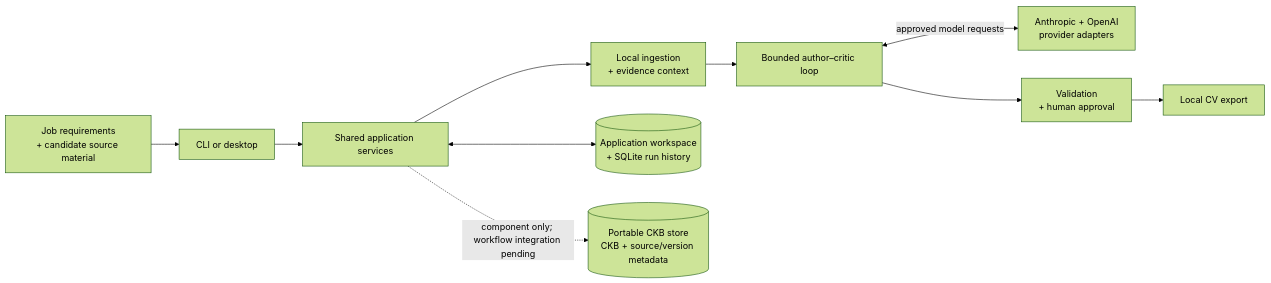
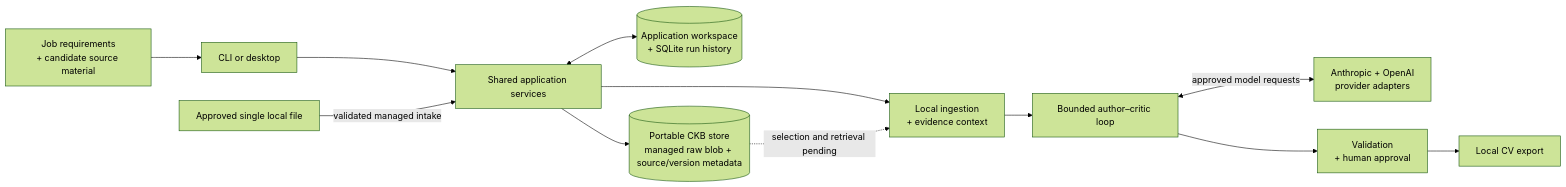
The diagram in README.md (akoita/draft-loop), drawn with Mermaid (forest theme) before and after one commit. The commit also changed other lines of this file and 14 other files, not shown here.

Commit message:
feat(knowledge): add managed file intake

````diff
--- a/README.md
+++ b/README.md
@@ -85,20 +89,22 @@
 ```mermaid
 flowchart LR
     Inputs["Job requirements<br/>+ candidate source material"]
     Adapters["CLI or desktop"]
     Application["Shared application services"]
     Context["Local ingestion<br/>+ evidence context"]
     Loop["Bounded author–critic loop"]
     Models["Anthropic + OpenAI<br/>provider adapters"]
     Review["Validation<br/>+ human approval"]
     Export["Local CV export"]
     WorkspaceStore[("Application workspace<br/>+ SQLite run history")]
-    CKBStore[("Portable CKB store<br/>CKB + source/version metadata")]
+    ApprovedFile["Approved single local file"]
+    CKBStore[("Portable CKB store<br/>managed raw blob + source/version metadata")]
 
     Inputs --> Adapters --> Application
     Application --> Context --> Loop
     Loop <-->|"approved model requests"| Models
     Loop --> Review --> Export
     Application <--> WorkspaceStore
-    Application -.->|"component only; workflow integration pending"| CKBStore
+    ApprovedFile -->|"validated managed intake"| Application --> CKBStore
+    CKBStore -.->|"selection and retrieval pending"| Context
 ```
````
